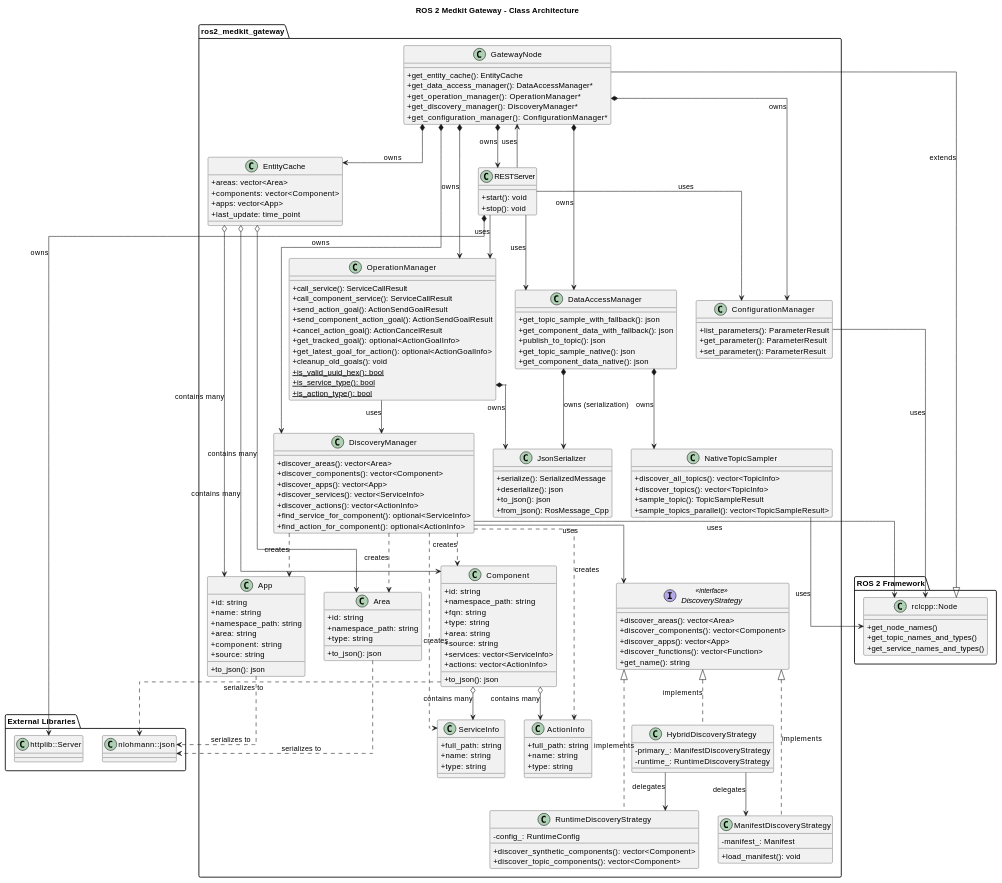
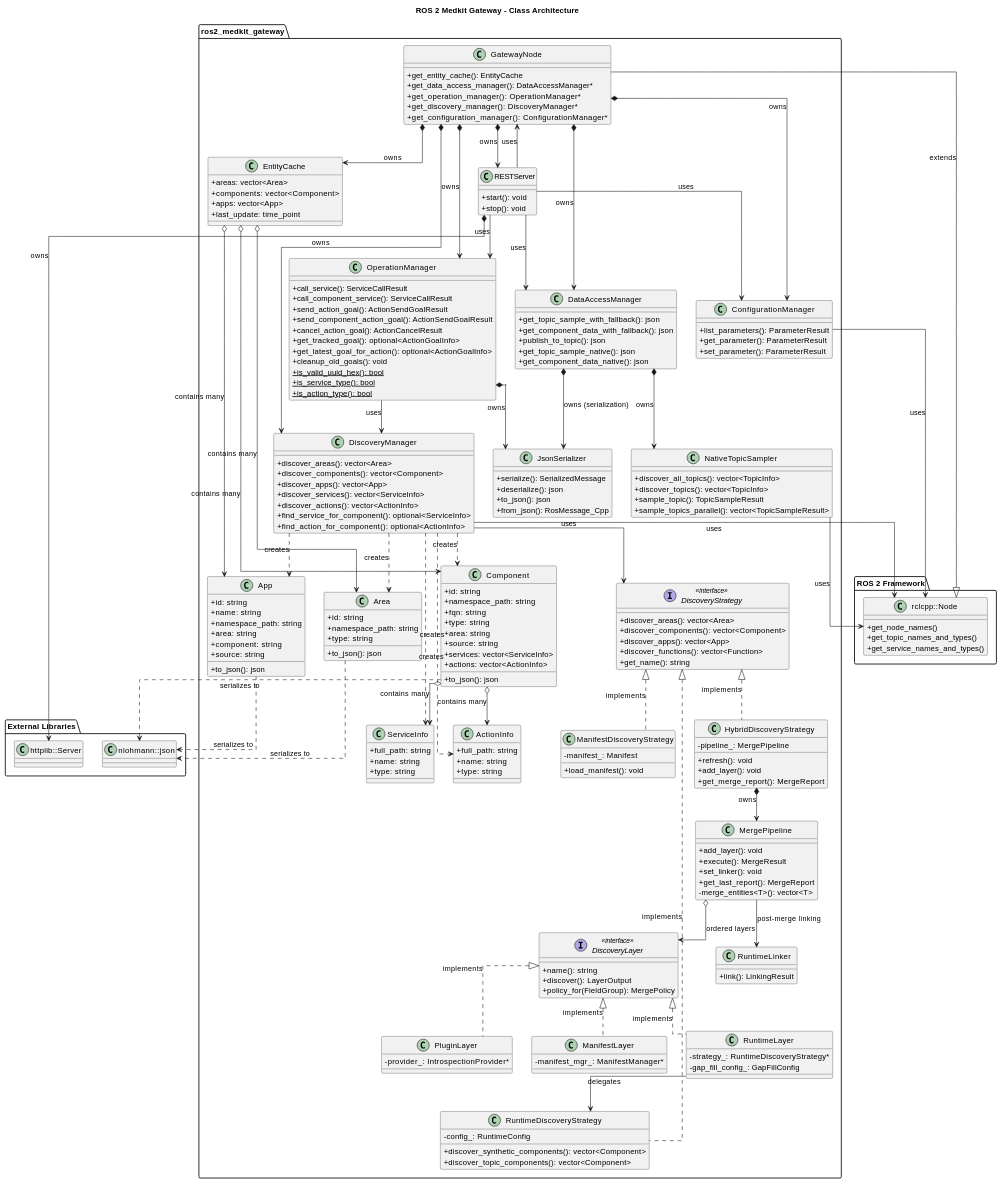
The diagram in src/ros2_medkit_gateway/design/index.rst (selfpatch/ros2_medkit), drawn with PlantUML before and after one commit. The commit also changed other lines of this file and 31 other files, not shown here.

First line of the commit message:
feat(discovery): add plugin integration, config, and /health reporting

```diff
--- a/src/ros2_medkit_gateway/design/index.rst
+++ b/src/ros2_medkit_gateway/design/index.rst
@@ -66,8 +66,41 @@
        }
 
        class HybridDiscoveryStrategy {
-           - primary_: ManifestDiscoveryStrategy
-           - runtime_: RuntimeDiscoveryStrategy
+           - pipeline_: MergePipeline
+           + refresh(): void
+           + add_layer(): void
+           + get_merge_report(): MergeReport
+       }
+
+       class MergePipeline {
+           + add_layer(): void
+           + execute(): MergeResult
+           + set_linker(): void
+           + get_last_report(): MergeReport
+           - merge_entities<T>(): vector<T>
+       }
+
+       interface DiscoveryLayer <<interface>> {
+           + name(): string
+           + discover(): LayerOutput
+           + policy_for(FieldGroup): MergePolicy
+       }
+
+       class ManifestLayer {
+           - manifest_mgr_: ManifestManager*
+       }
+
+       class RuntimeLayer {
+           - strategy_: RuntimeDiscoveryStrategy*
+           - gap_fill_config_: GapFillConfig
+       }
+
+       class PluginLayer {
+           - provider_: IntrospectionProvider*
+       }
+
+       class RuntimeLinker {
+           + link(): LinkingResult
        }
 
        class OperationManager {
@@ -228,8 +261,15 @@
    RuntimeDiscoveryStrategy .up.|> DiscoveryStrategy : implements
    ManifestDiscoveryStrategy .up.|> DiscoveryStrategy : implements
    HybridDiscoveryStrategy .up.|> DiscoveryStrategy : implements
-   HybridDiscoveryStrategy --> ManifestDiscoveryStrategy : delegates
-   HybridDiscoveryStrategy --> RuntimeDiscoveryStrategy : delegates
+   HybridDiscoveryStrategy *--> MergePipeline : owns
+
+   ' MergePipeline layer architecture
+   MergePipeline o--> DiscoveryLayer : ordered layers
+   MergePipeline --> RuntimeLinker : post-merge linking
+   ManifestLayer .up.|> DiscoveryLayer : implements
+   RuntimeLayer .up.|> DiscoveryLayer : implements
+   PluginLayer .up.|> DiscoveryLayer : implements
+   RuntimeLayer --> RuntimeDiscoveryStrategy : delegates
 
    ' REST Server uses HTTP library
    RESTServer *--> HTTPLibServer : owns
```
